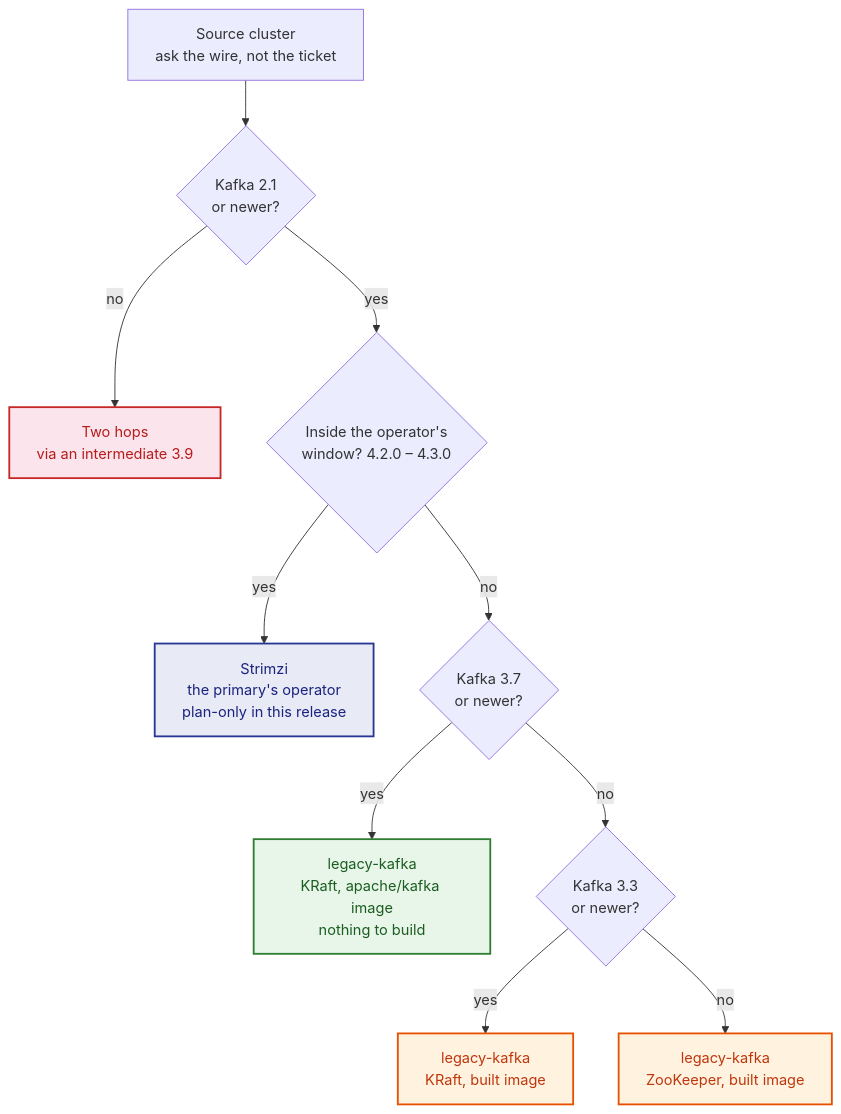
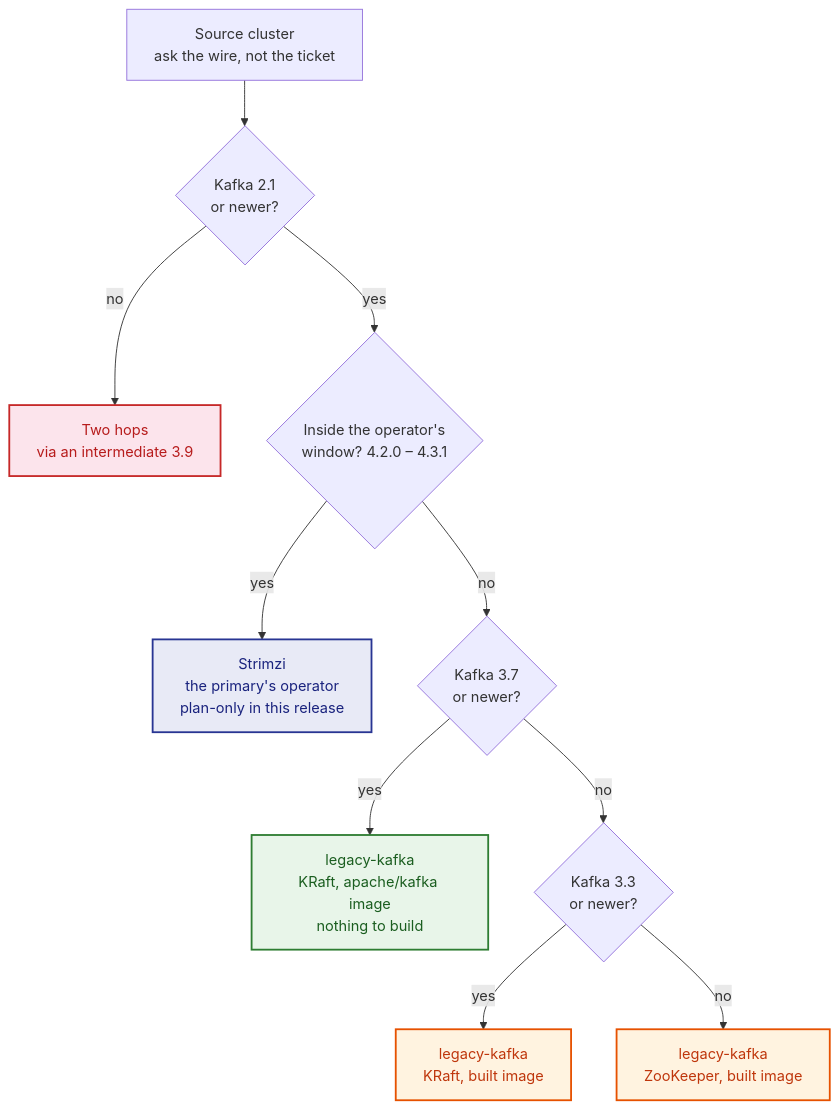
One commit to actions-marketplace-validations/bmscomp_kates changed the first of 4 diagrams in charts/mirror-maker2/docs/migration-plan.md. Above: the diagram before and after it, drawn with Mermaid. The commit also changed other lines of this file and 284 other files, not shown here.

````diff
--- a/charts/mirror-maker2/docs/migration-plan.md
+++ b/charts/mirror-maker2/docs/migration-plan.md
@@ -66,18 +66,18 @@
 ```mermaid
 flowchart TB
     S["Source cluster<br/>ask the wire, not the ticket"] --> F{"Kafka 2.1<br/>or newer?"}
     F -->|"no"| TWO["Two hops<br/>via an intermediate 3.9"]
-    F -->|"yes"| W{"Inside the operator's<br/>window? 4.2.0 – 4.3.0"}
+    F -->|"yes"| W{"Inside the operator's<br/>window? 4.2.0 – 4.3.1"}
     W -->|"yes"| ST["Strimzi<br/>the primary's operator<br/>plan-only in this release"]
     W -->|"no"| K{"Kafka 3.7<br/>or newer?"}
     K -->|"yes"| OFF["legacy-kafka<br/>KRaft, apache/kafka image<br/>nothing to build"]
     K -->|"no"| Z{"Kafka 3.3<br/>or newer?"}
     Z -->|"yes"| BLT["legacy-kafka<br/>KRaft, built image"]
     Z -->|"no"| ZK["legacy-kafka<br/>ZooKeeper, built image"]
 
     style TWO fill:#fce4ec,stroke:#c62828,stroke-width:2px,color:#b71c1c
     style ST fill:#e8eaf6,stroke:#283593,stroke-width:2px,color:#1a237e
     style OFF fill:#e8f5e9,stroke:#2e7d32,stroke-width:2px,color:#1b5e20
     style BLT fill:#fff3e0,stroke:#e65100,stroke-width:2px,color:#bf360c
     style ZK fill:#fff3e0,stroke:#e65100,stroke-width:2px,color:#bf360c
 ```
````
